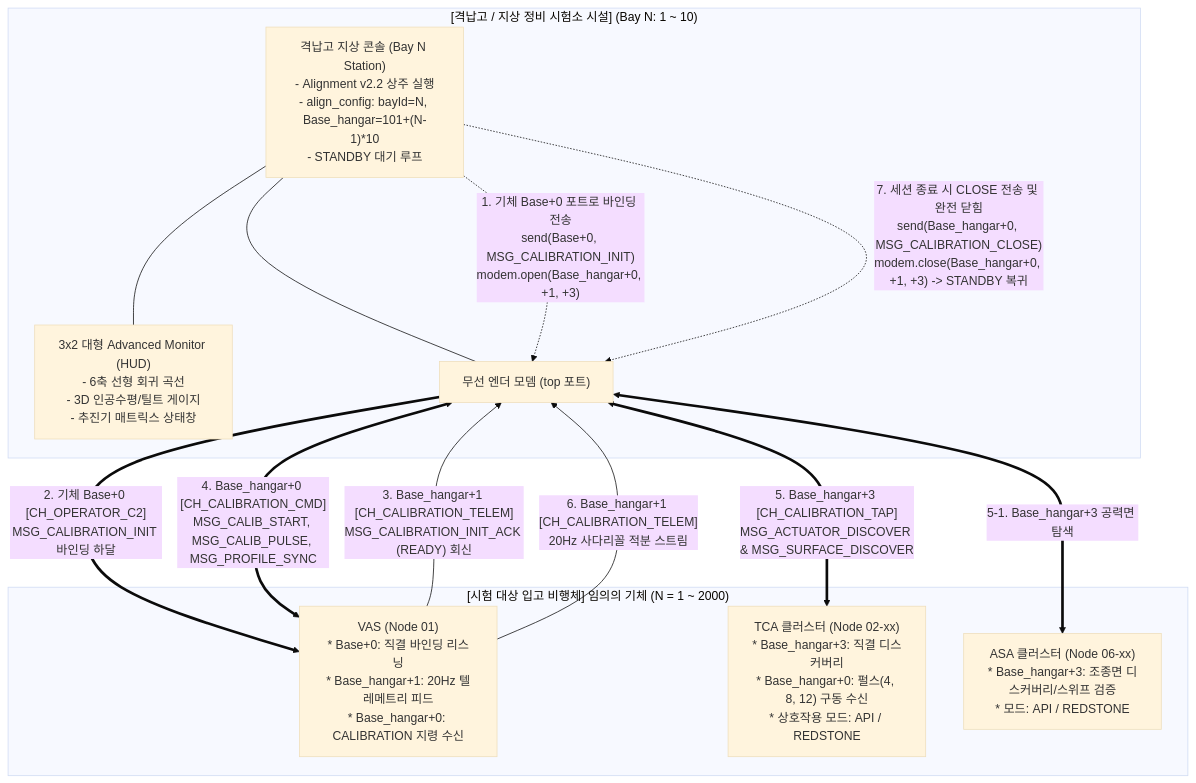
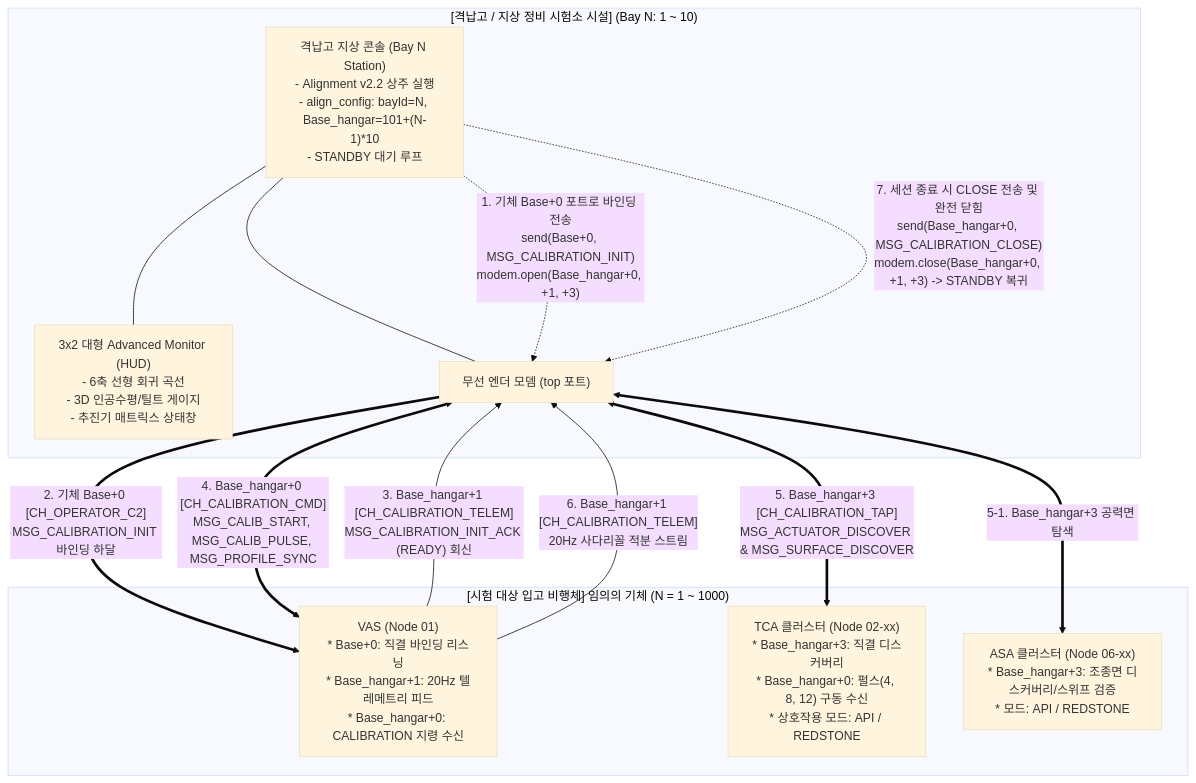
The second of 5 diagrams in docs/specs/0_development/alignment/ALIGNMENT_PROGRAM_SPECIFICATION.md (Polimachi/Aeroneutics_Autopilot), drawn with Mermaid (base theme) before and after one commit. The commit also changed other lines of this file and 8 other files, not shown here.

````diff
--- a/docs/specs/0_development/alignment/ALIGNMENT_PROGRAM_SPECIFICATION.md
+++ b/docs/specs/0_development/alignment/ALIGNMENT_PROGRAM_SPECIFICATION.md
@@ -78,25 +79,25 @@
 ```mermaid
 flowchart TD
     subgraph HANGAR_STATION["[격납고 / 지상 정비 시험소 시설] (Bay N: 1 ~ 10)"]
         MON["3x2 대형 Advanced Monitor (HUD)<br/>- 6축 선형 회귀 곡선<br/>- 3D 인공수평/틸트 게이지<br/>- 추진기 매트릭스 상태창"]
         CONSOLE["격납고 지상 콘솔 (Bay N Station)<br/>- Alignment v2.2 상주 실행<br/>- align_config: bayId=N, Base_hangar=101+(N-1)*10<br/>- STANDBY 대기 루프"]
         MODEM["무선 엔더 모뎀 (top 포트)"]
         CONSOLE --- MON
         CONSOLE --- MODEM
     end
 
-    subgraph AIRCRAFT["[시험 대상 입고 비행체] 임의의 기체 (N = 1 ~ 2000)"]
+    subgraph AIRCRAFT["[시험 대상 입고 비행체] 임의의 기체 (N = 1 ~ 1000)"]
         VC["VAS (Node 01)<br/>* Base+0: 직결 바인딩 리스닝<br/>* Base_hangar+1: 20Hz 텔레메트리 피드<br/>* Base_hangar+0: CALIBRATION 지령 수신"]
         TCA["TCA 클러스터 (Node 02-xx)<br/>* Base_hangar+3: 직결 디스커버리<br/>* Base_hangar+0: 펄스(4, 8, 12) 구동 수신<br/>* 상호작용 모드: API / REDSTONE"]
         ASA["ASA 클러스터 (Node 06-xx)<br/>* Base_hangar+3: 조종면 디스커버리/스위프 검증<br/>* 모드: API / REDSTONE"]
     end
 
     CONSOLE -.->|"1. 기체 Base+0 포트로 바인딩 전송<br/>send(Base+0, MSG_CALIBRATION_INIT)<br/>modem.open(Base_hangar+0, +1, +3)"| MODEM
     MODEM ==>|"2. 기체 Base+0 [CH_OPERATOR_C2]<br/>MSG_CALIBRATION_INIT 바인딩 하달"| VC
     VC -->|"3. Base_hangar+1 [CH_CALIBRATION_TELEM]<br/>MSG_CALIBRATION_INIT_ACK (READY) 회신"| MODEM
     MODEM <==>|"4. Base_hangar+0 [CH_CALIBRATION_CMD]<br/>MSG_CALIB_START, MSG_CALIB_PULSE, MSG_PROFILE_SYNC"| VC
     MODEM <==>|"5. Base_hangar+3 [CH_CALIBRATION_TAP]<br/>MSG_ACTUATOR_DISCOVER & MSG_SURFACE_DISCOVER"| TCA
     MODEM <==>|"5-1. Base_hangar+3 공력면 탐색"| ASA
     VC -->|"6. Base_hangar+1 [CH_CALIBRATION_TELEM]<br/>20Hz 사다리꼴 적분 스트림"| MODEM
     CONSOLE -.->|"7. 세션 종료 시 CLOSE 전송 및 완전 닫힘<br/>send(Base_hangar+0, MSG_CALIBRATION_CLOSE)<br/>modem.close(Base_hangar+0, +1, +3) -> STANDBY 복귀"| MODEM
 ```
````
